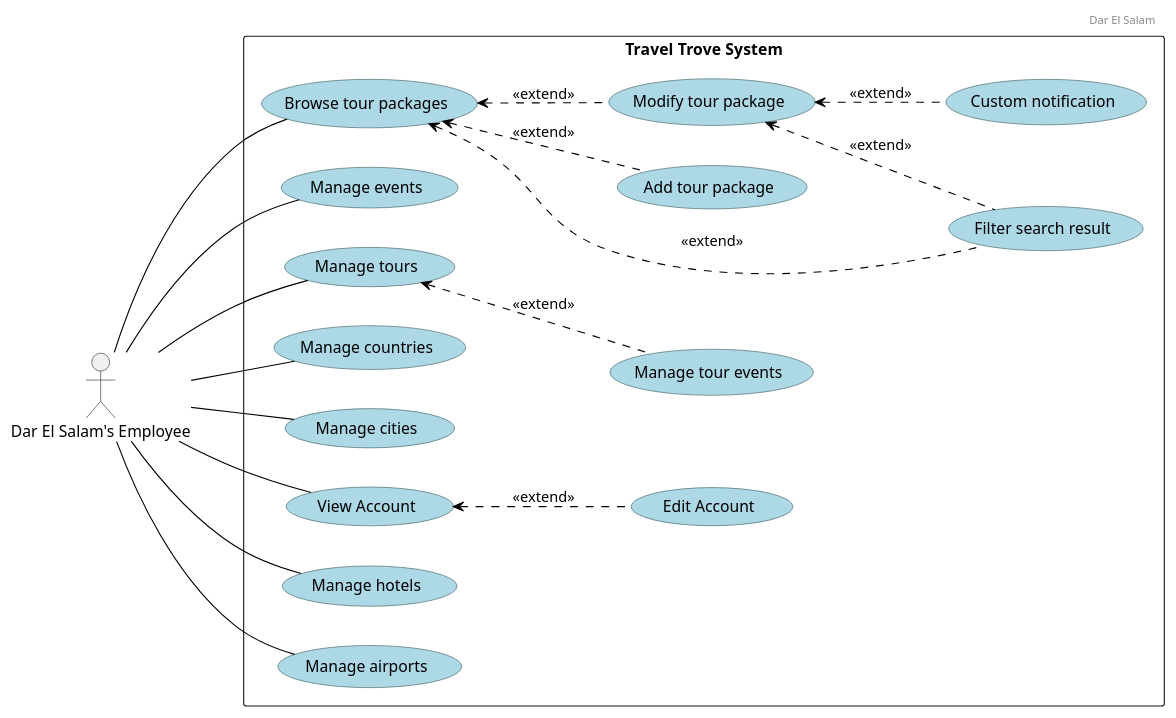
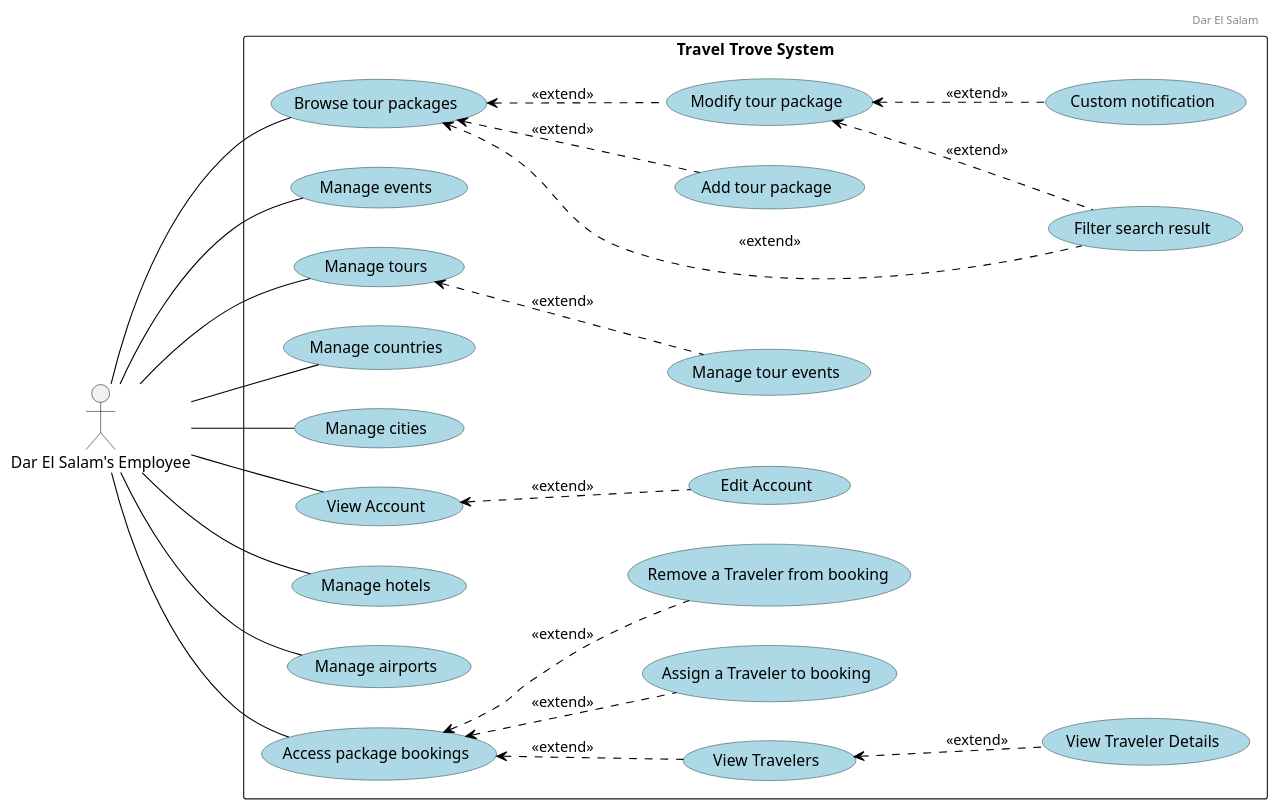
Before and after one commit to Hares-2088/TravelTrove: the diagram in diagrams/use cases/Employee.puml, drawn with PlantUML. The commit also changed 7 other files, not shown here.

Commit message:
Use case diagrams changes for bookings and travelers

```diff
--- a/diagrams/use cases/Employee.puml
+++ b/diagrams/use cases/Employee.puml
@@ -1,51 +1,63 @@
 @startuml
 left to right direction
 
 ' Add a header with left alignment
 header
 Dar El Salam
 endheader
 
 ' Custom skin parameters for use cases
 skinparam usecase {
     BackgroundColor lightblue
     BorderColor DarkSlateGray
     ArrowColor Black
 }
 
 actor "Dar El Salam's Employee" as Employee
 
 rectangle "Travel Trove System" {
 
     usecase "Browse tour packages"
     usecase "Add tour package"
     usecase "Modify tour package"
     usecase "Filter search result"
     usecase "Custom notification"
     usecase "Manage events"
     usecase "Manage tours"
     usecase "Manage countries"
     usecase "Manage cities"
     usecase "Manage tour events"
     usecase "View Account"
     usecase "Edit Account"
     usecase "Manage hotels"
     usecase "Manage airports"
+
+    usecase "Access package bookings"
+    usecase "Assign a Traveler to booking"
+    usecase "Remove a Traveler from booking"
+    usecase "View Travelers"
+    usecase "View Traveler Details"
 }
 Employee -- "Browse tour packages"
 Employee -- "Manage events"
 Employee -- "Manage tours"
 Employee -- "Manage countries"
 Employee -- "Manage cities"
 Employee -- "View Account"
 Employee -- "Manage hotels"
 Employee -- "Manage airports"
+Employee -- "Access package bookings"
+
 "Browse tour packages" <.. "Filter search result" : <<extend>>
 "Browse tour packages" <.. "Add tour package" : <<extend>>
 "Browse tour packages" <.. "Modify tour package" : <<extend>>
 "Modify tour package" <.. "Custom notification" : <<extend>>
 "Modify tour package" <.. "Filter search result" : <<extend>>
 "Manage tours" <.. "Manage tour events" : <<extend>>
 "View Account" <.. "Edit Account" : <<extend>>
+"Access package bookings" <.. "Assign a Traveler to booking" : <<extend>>
+"Access package bookings" <.. "Remove a Traveler from booking" : <<extend>>
+"Access package bookings" <.. "View Travelers" : <<extend>>
+"View Travelers" <.. "View Traveler Details" : <<extend>>
 
 @enduml
```
